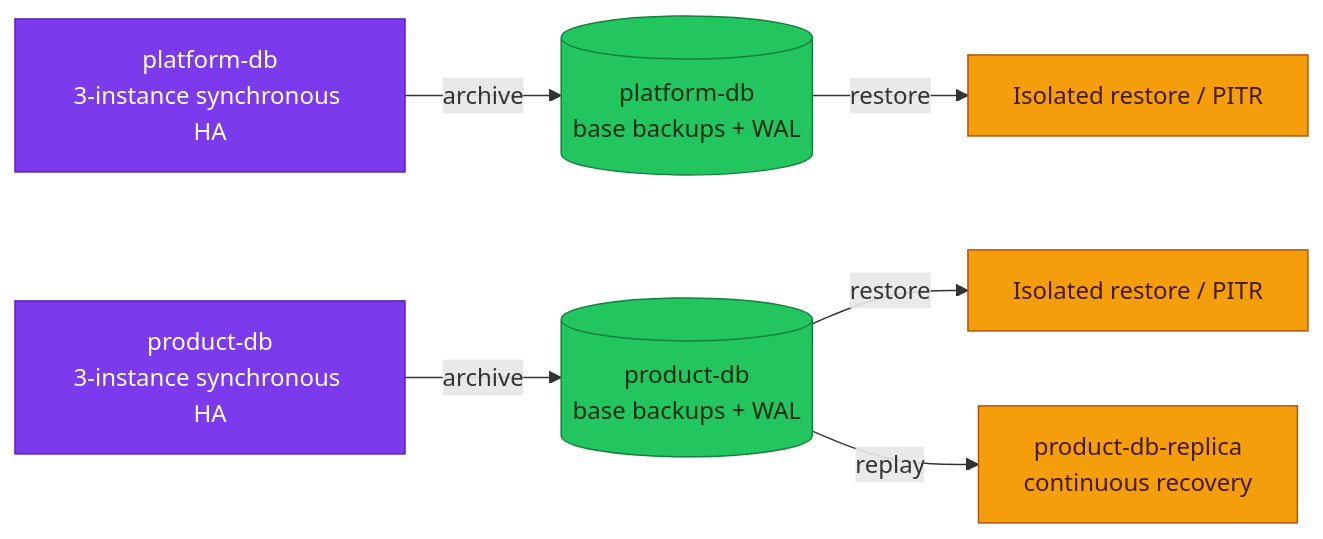
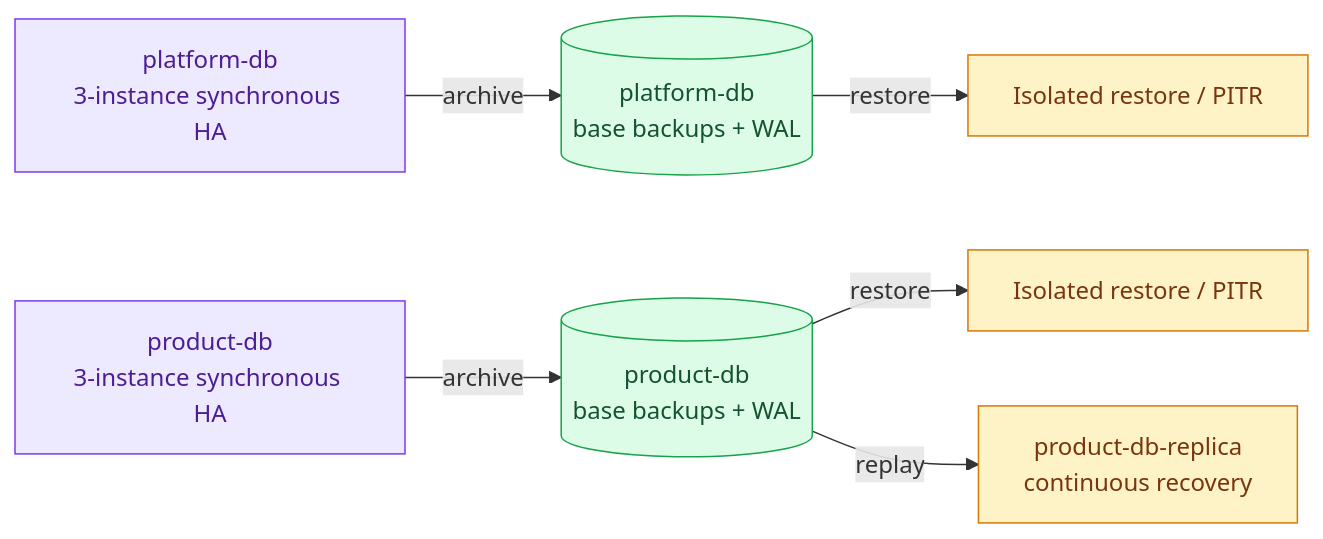
Before and after one commit to duynhlab/homelab: the first of 7 diagrams in docs/databases/disaster-recovery.md, drawn with Mermaid. The commit also changed 174 other files, not shown here.

First line of the commit message:
Soft-tint diagram palette, a signal-flow diagram, a Linux-ready Draw.io skill

````diff
--- a/docs/databases/disaster-recovery.md
+++ b/docs/databases/disaster-recovery.md
@@ -65,23 +65,23 @@
 ```mermaid
 flowchart LR
     Platform["platform-db<br/>3-instance synchronous HA"]
     Product["product-db<br/>3-instance synchronous HA"]
     PlatformStore[("platform-db<br/>base backups + WAL")]
     ProductStore[("product-db<br/>base backups + WAL")]
     DR["product-db-replica<br/>continuous recovery"]
     PlatformRestore["Isolated restore / PITR"]
     ProductRestore["Isolated restore / PITR"]
 
     Platform -->|"archive"| PlatformStore
     Product -->|"archive"| ProductStore
     PlatformStore -->|"restore"| PlatformRestore
     ProductStore -->|"restore"| ProductRestore
     ProductStore -->|"replay"| DR
 
-    classDef platform fill:#7c3aed,color:#fff,stroke:#5b21b6;
-    classDef data fill:#22c55e,color:#052e16,stroke:#15803d;
-    classDef worker fill:#f59e0b,color:#451a03,stroke:#b45309;
+    classDef platform fill:#ede9fe,color:#4c1d95,stroke:#7c3aed;
+    classDef data fill:#dcfce7,color:#14532d,stroke:#16a34a;
+    classDef worker fill:#fef3c7,color:#78350f,stroke:#d97706;
     class Platform,Product platform;
     class PlatformStore,ProductStore data;
     class DR,PlatformRestore,ProductRestore worker;
 ```
````
